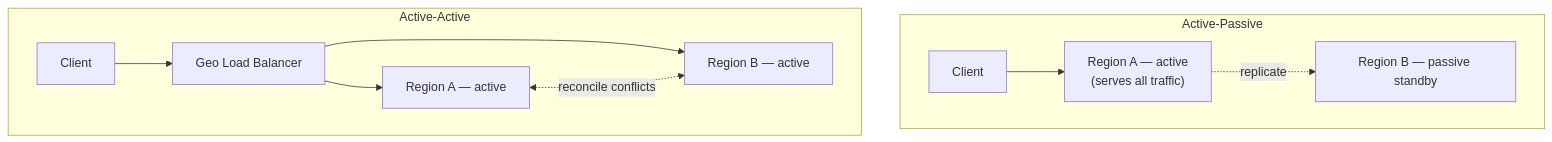
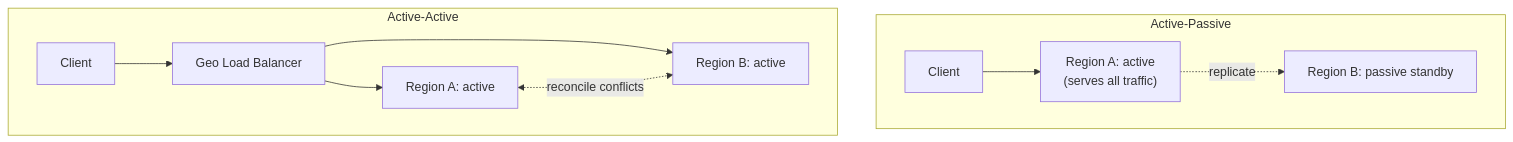
One commit to josuebrunel/josuebrunel.github.io changed the sixth of 8 diagrams in content/interview/interview-prep-security-cloud.md. Above: the diagram before and after it, drawn with Mermaid. The commit also changed other lines of this file and 6 other files, not shown here.

````diff
--- a/content/interview/interview-prep-security-cloud.md
+++ b/content/interview/interview-prep-security-cloud.md
@@ -139,13 +373,13 @@
 ```mermaid
 graph TD
     subgraph "Active-Passive"
-    C1[Client] --> R1["Region A — active<br/>(serves all traffic)"]
-    R1 -.->|replicate| R2["Region B — passive standby"]
+    C1[Client] --> R1["Region A: active<br/>(serves all traffic)"]
+    R1 -.->|replicate| R2["Region B: passive standby"]
     end
     subgraph "Active-Active"
     C2[Client] --> GLB[Geo Load Balancer]
-    GLB --> RA["Region A — active"]
-    GLB --> RB["Region B — active"]
+    GLB --> RA["Region A: active"]
+    GLB --> RB["Region B: active"]
     RA <-.->|reconcile conflicts| RB
     end
 ```
````
